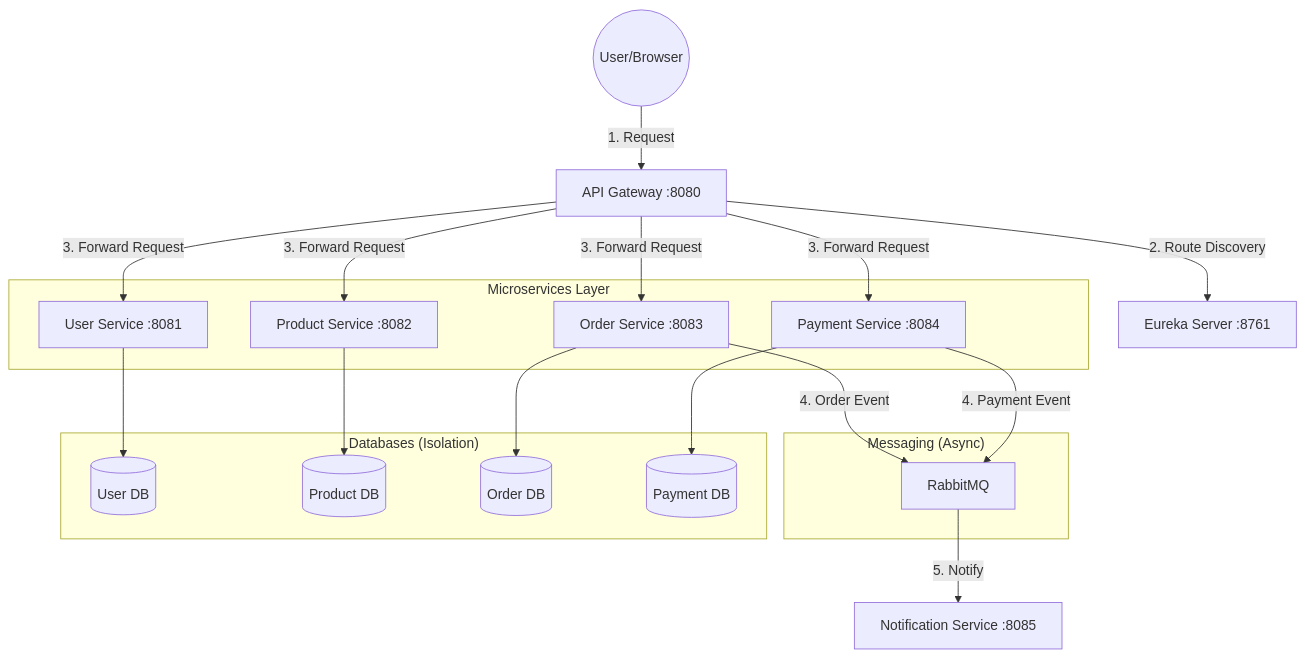
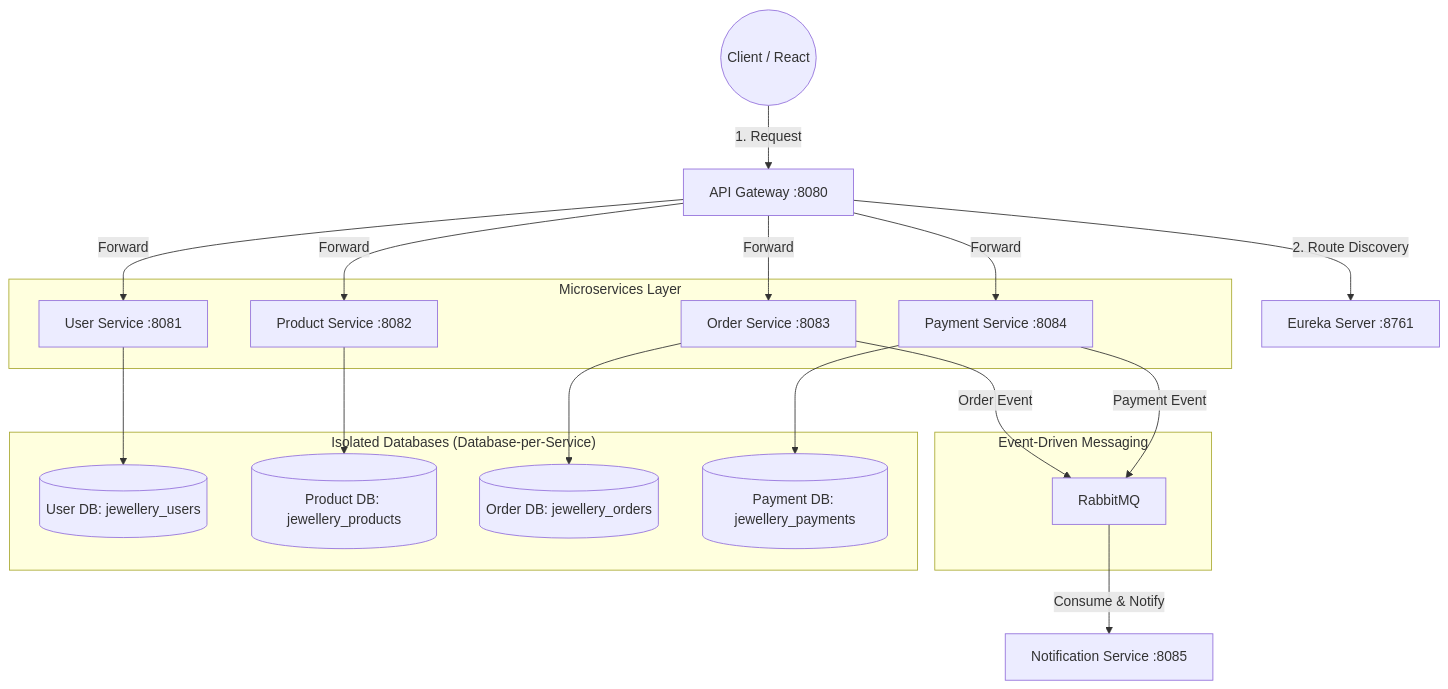
One commit to ASHISHBHOSALE10/HirkaniSaaj changed the diagram in PROJECT_DOCUMENTATION.md. Above: the diagram before and after it, drawn with Mermaid. The commit also changed other lines of this file and 21 other files, not shown here.

````diff
--- a/PROJECT_DOCUMENTATION.md
+++ b/PROJECT_DOCUMENTATION.md
@@ -18,37 +11,37 @@
 ```mermaid
 graph TD
-    User((User/Browser)) -->|1. Request| Gateway[API Gateway :8080]
+    User((Client / React)) -->|1. Request| Gateway[API Gateway :8080]
     Gateway -->|2. Route Discovery| Eureka[Eureka Server :8761]
     
     subgraph "Microservices Layer"
         UserSvc[User Service :8081]
         ProdSvc[Product Service :8082]
         OrderSvc[Order Service :8083]
         PaySvc[Payment Service :8084]
     end
     
-    Gateway -->|3. Forward Request| UserSvc
-    Gateway -->|3. Forward Request| ProdSvc
-    Gateway -->|3. Forward Request| OrderSvc
-    Gateway -->|3. Forward Request| PaySvc
+    Gateway -->|Forward| UserSvc
+    Gateway -->|Forward| ProdSvc
+    Gateway -->|Forward| OrderSvc
+    Gateway -->|Forward| PaySvc
     
-    subgraph "Messaging (Async)"
+    subgraph "Event-Driven Messaging"
         MQ[RabbitMQ]
     end
     
-    OrderSvc -->|4. Order Event| MQ
-    PaySvc -->|4. Payment Event| MQ
-    MQ -->|5. Notify| NotifSvc[Notification Service :8085]
+    OrderSvc -->|Order Event| MQ
+    PaySvc -->|Payment Event| MQ
+    MQ -->|Consume & Notify| NotifSvc[Notification Service :8085]
     
-    subgraph "Databases (Isolation)"
-        UserDB[(User DB)]
-        ProdDB[(Product DB)]
-        OrderDB[(Order DB)]
-        PayDB[(Payment DB)]
+    subgraph "Isolated Databases (Database-per-Service)"
+        UserDB[(User DB: jewellery_users)]
+        ProdDB[(Product DB: jewellery_products)]
+        OrderDB[(Order DB: jewellery_orders)]
+        PayDB[(Payment DB: jewellery_payments)]
     end
     
     UserSvc --> UserDB
     ProdSvc --> ProdDB
     OrderSvc --> OrderDB
     PaySvc --> PayDB
 ```
````
